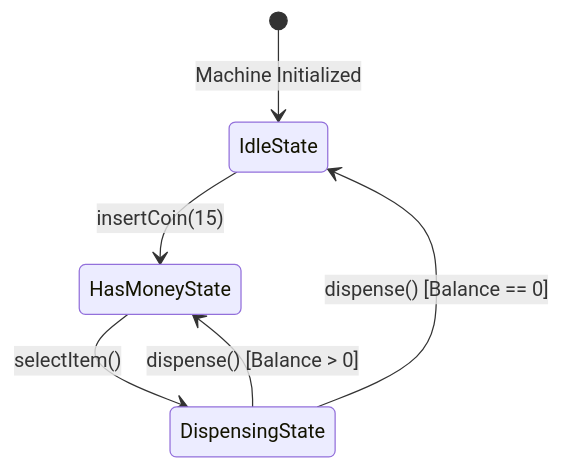
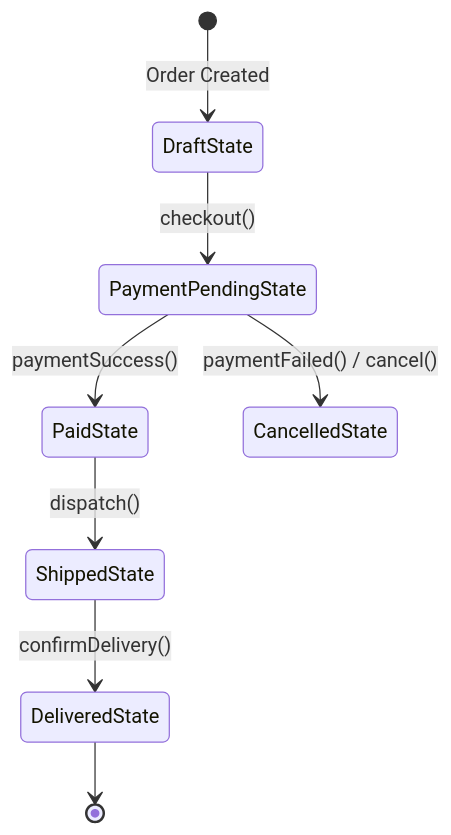
One commit to Amie-dev/engineering-playbook changed the first of 2 diagrams in js-patterns/20-state.md. Above: the diagram before and after it, drawn with Mermaid. The commit also changed other lines of this file and 39 other files, not shown here.

````diff
--- a/js-patterns/20-state.md
+++ b/js-patterns/20-state.md
@@ -10,8 +15,10 @@
 ```mermaid
 stateDiagram-v2
-    [*] --> IdleState: Machine Initialized
-    IdleState --> HasMoneyState: insertCoin(15)
-    HasMoneyState --> DispensingState: selectItem()
-    DispensingState --> IdleState: dispense() [Balance == 0]
-    DispensingState --> HasMoneyState: dispense() [Balance > 0]
+    [*] --> DraftState : Order Created
+    DraftState --> PaymentPendingState : checkout()
+    PaymentPendingState --> PaidState : paymentSuccess()
+    PaymentPendingState --> CancelledState : paymentFailed() / cancel()
+    PaidState --> ShippedState : dispatch()
+    ShippedState --> DeliveredState : confirmDelivery()
+    DeliveredState --> [*]
 ```
````
